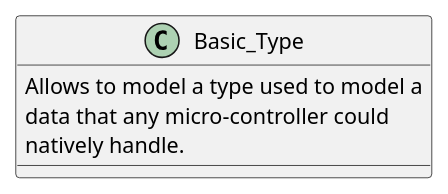
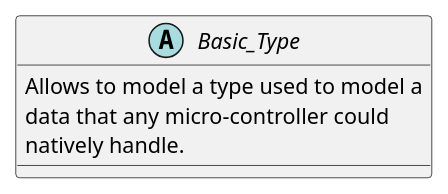
One commit to HomeMadeBots/Embedded_Software_Meta_Model changed the diagram in Meta-Classes/Basic_Type.puml. Above: the diagram before and after it, drawn with PlantUML. The commit also changed 7 other files, not shown here.

Commit message:
Complete Basic_Type description.

```diff
--- a/Meta-Classes/Basic_Type.puml
+++ b/Meta-Classes/Basic_Type.puml
@@ -1,10 +1,10 @@
 @startuml
 
-class Basic_Type
+abstract class Basic_Type
 {
   Allows to model a type used to model a 
   data that any micro-controller could
   natively handle.
 }
 
 @enduml
```
